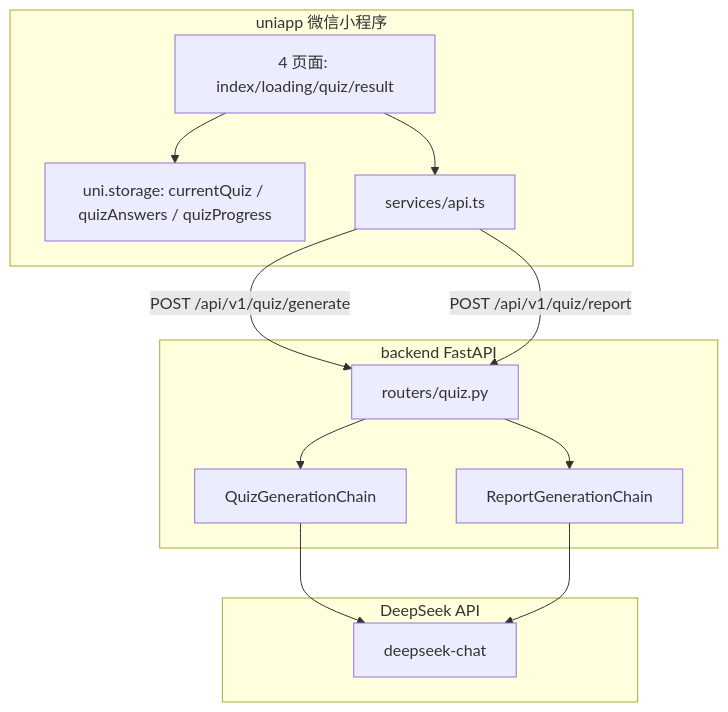
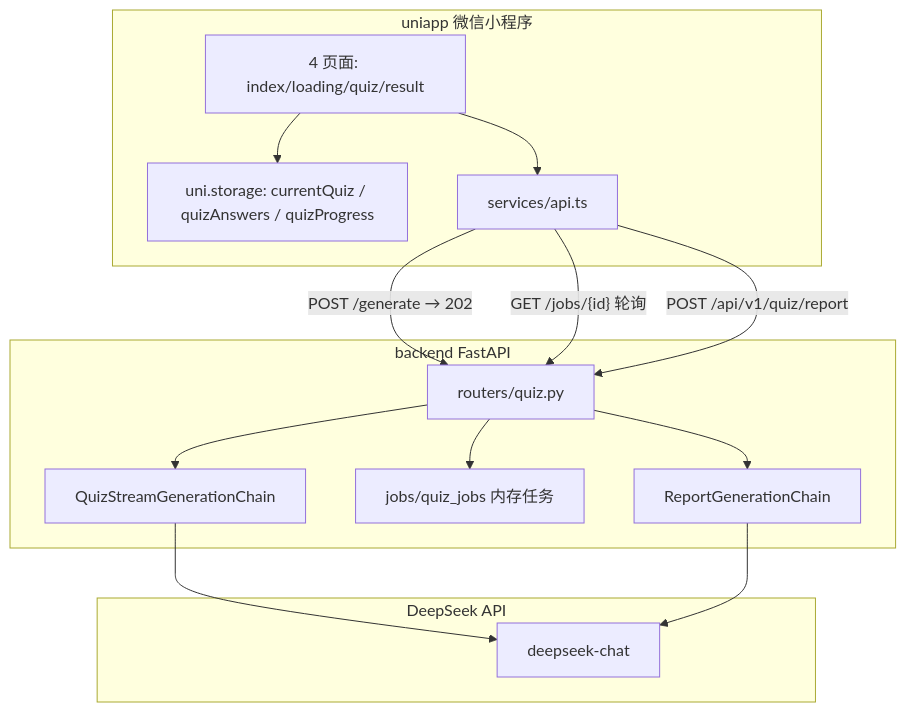
Before and after one commit to xsl-7sx/AI-Learn: the second of 2 diagrams in docs/MVP开发实施指南.md, drawn with Mermaid. The commit also changed other lines of this file and 23 other files, not shown here.

First line of the commit message:
feat(quiz): stream JSONL generation with first-question UX

````diff
--- a/docs/MVP开发实施指南.md
+++ b/docs/MVP开发实施指南.md
@@ -50,24 +50,27 @@
 ```mermaid
 flowchart TB
     subgraph client [uniapp 微信小程序]
         pages["4 页面: index/loading/quiz/result"]
         storage["uni.storage: currentQuiz / quizAnswers / quizProgress"]
         api_ts["services/api.ts"]
     end
     subgraph server [backend FastAPI]
         router["routers/quiz.py"]
-        chain_gen["QuizGenerationChain"]
+        chain_gen["QuizStreamGenerationChain"]
+        jobs["jobs/quiz_jobs 内存任务"]
         chain_rep["ReportGenerationChain"]
     end
     subgraph llm [DeepSeek API]
         ds["deepseek-chat"]
     end
     pages --> api_ts
-    api_ts -->|"POST /api/v1/quiz/generate"| router
+    api_ts -->|"POST /generate → 202"| router
+    api_ts -->|"GET /jobs/{id} 轮询"| router
     api_ts -->|"POST /api/v1/quiz/report"| router
+    router --> jobs
     router --> chain_gen
     router --> chain_rep
     chain_gen --> ds
     chain_rep --> ds
     pages --> storage
 ```
````
